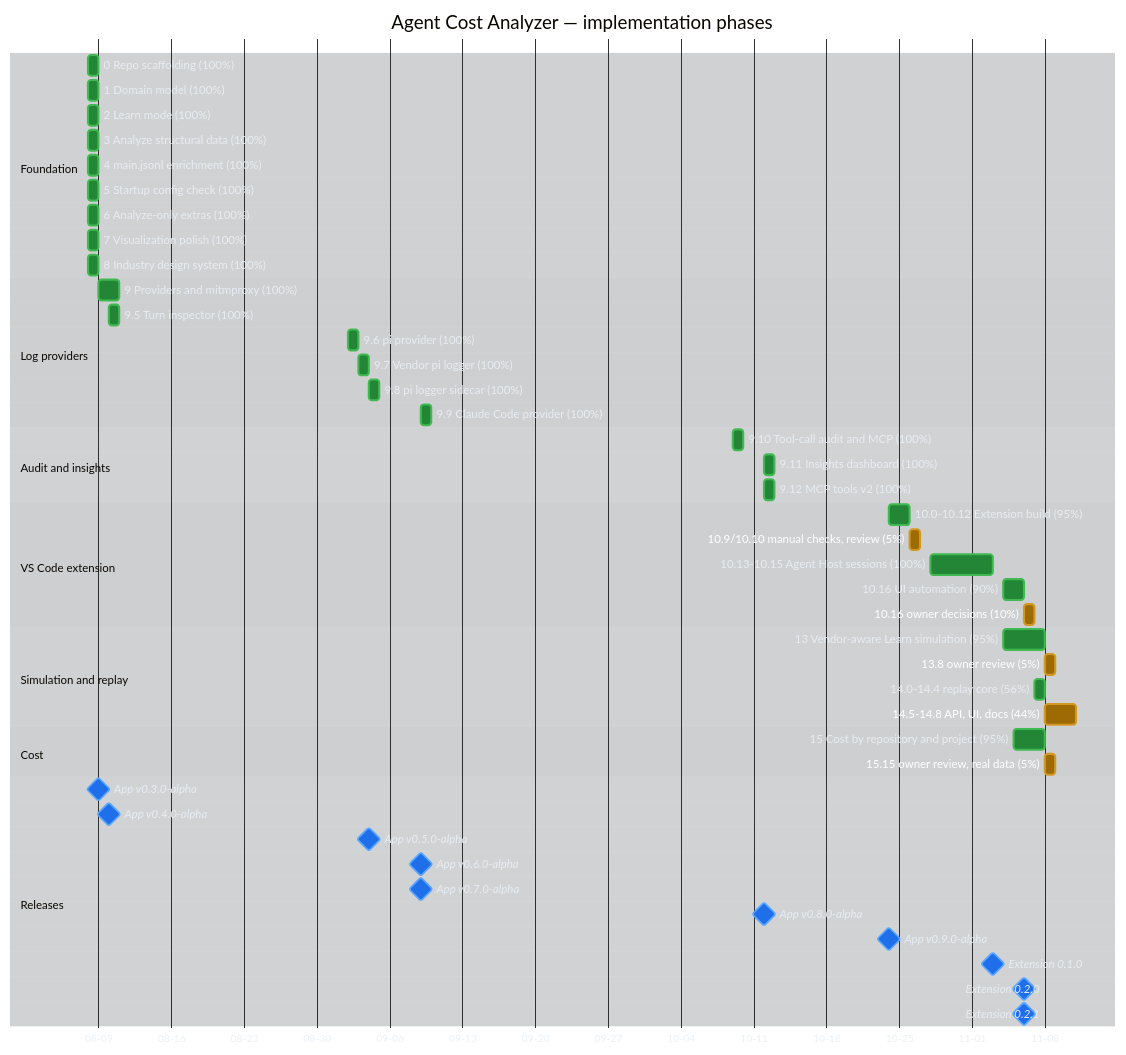
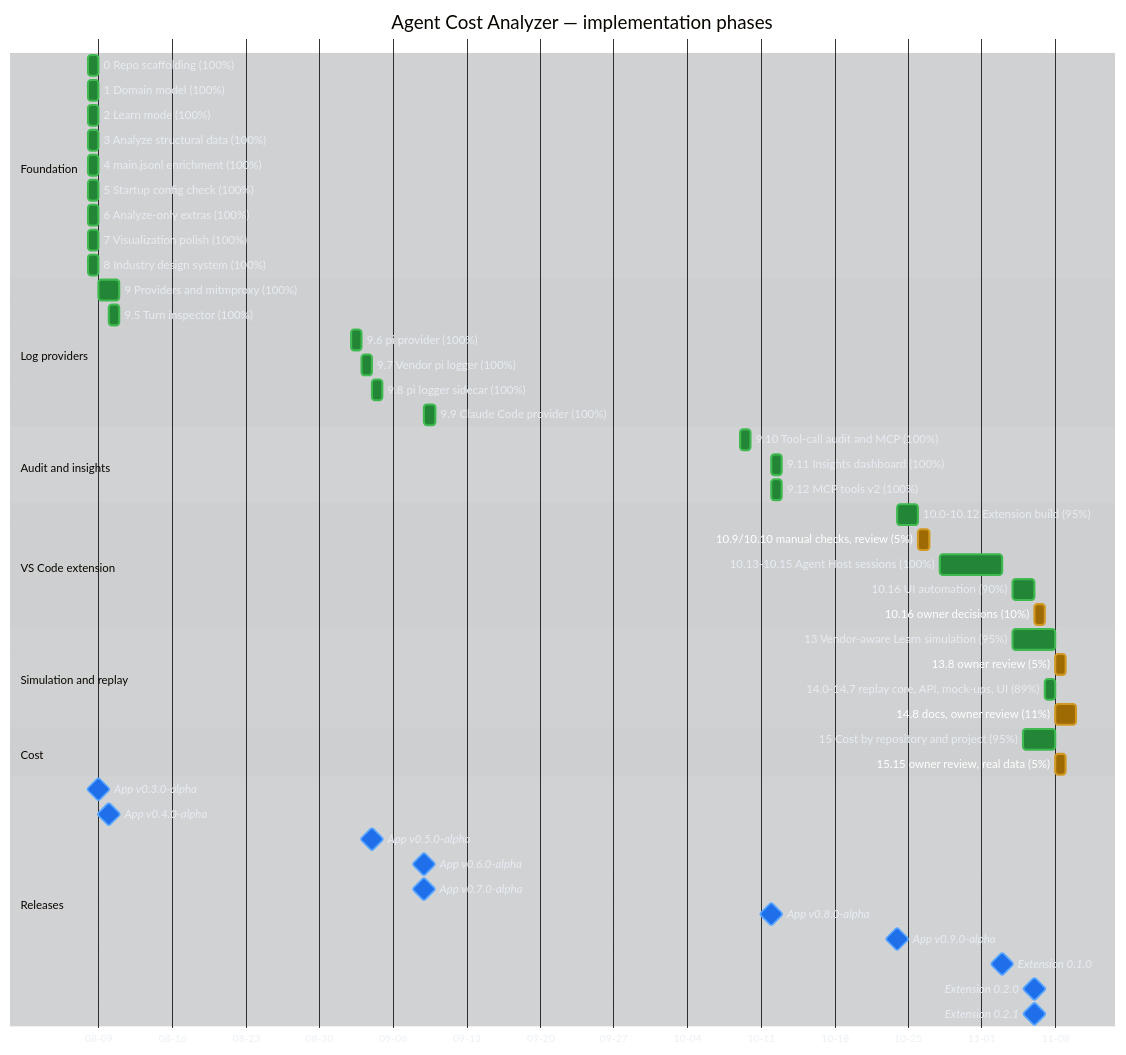
One commit to raulkivi/agent-cost-analyzer changed the first of 3 diagrams in docs/implementation-plan-gantt.md. Above: the diagram before and after it, drawn with Mermaid. The commit also changed other lines of this file and 75 other files, not shown here.

```diff
--- a/docs/implementation-plan-gantt.md
+++ b/docs/implementation-plan-gantt.md
@@ -69,8 +69,8 @@
     section Simulation and replay
     13 Vendor-aware Learn simulation (95%) :done, p13, 2026-11-04, 4d
     13.8 owner review (5%)                 :active, p13r, after p13, 1d
-    14.0-14.4 replay core (56%)            :done, p14, 2026-11-07, 1d
-    14.5-14.8 API, UI, docs (44%)          :active, p14r, after p14, 3d
+    14.0-14.7 replay core, API, mock-ups, UI (89%) :done, p14, 2026-11-07, 1d
+    14.8 docs, owner review (11%)          :active, p14r, after p14, 2d
 
     section Cost
     15 Cost by repository and project (95%) :done, p15, 2026-11-05, 3d
```
